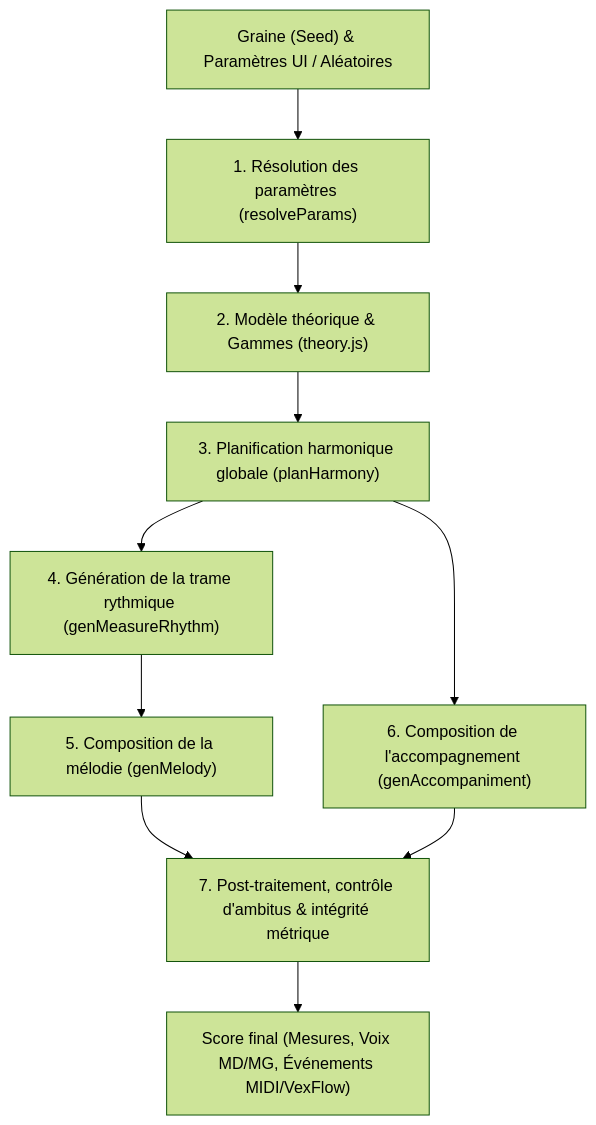
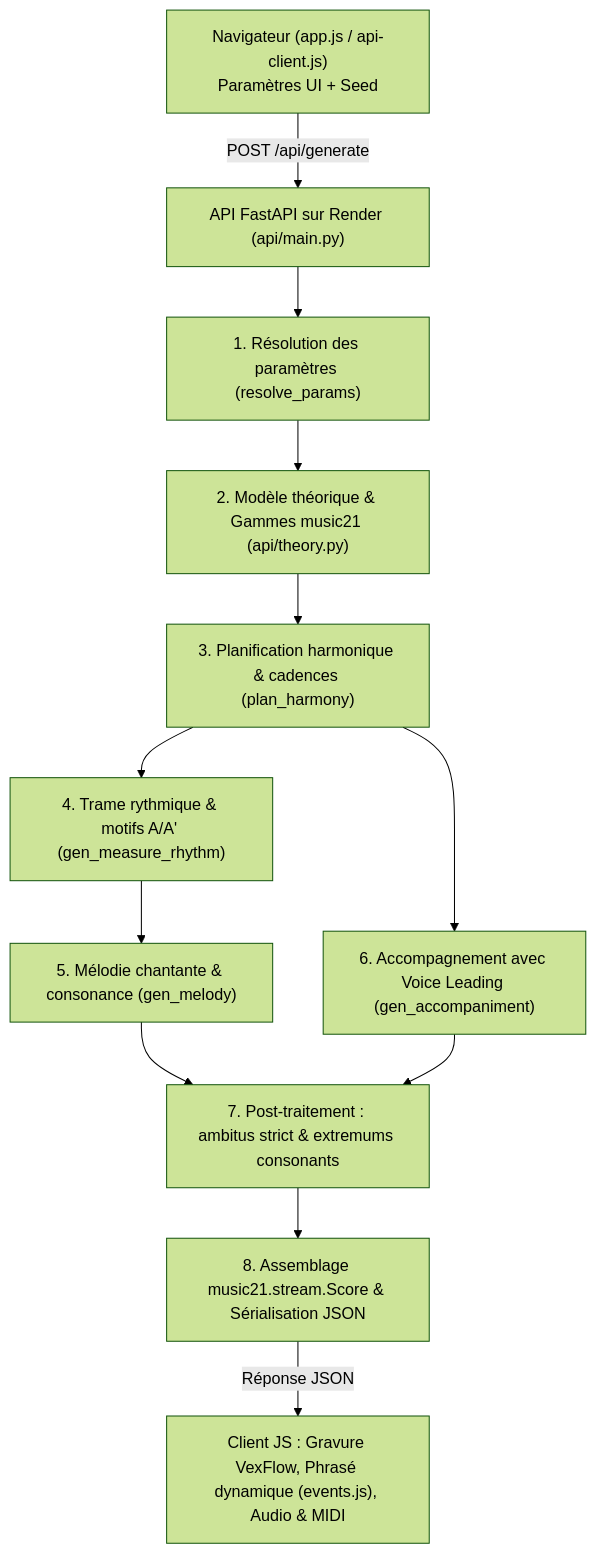
One commit to antoineb75/music-generator-sightreading changed the first of 4 diagrams in ALGORITHME.md. Above: the diagram before and after it, drawn with Mermaid (forest theme). The commit also changed other lines of this file, not shown here.

Commit message:
docs: update ALGORITHME.md to document Python API and music21 architecture

````diff
--- a/ALGORITHME.md
+++ b/ALGORITHME.md
@@ -11,12 +13,14 @@
 ```mermaid
 flowchart TD
-    A["Graine (Seed) & Paramètres UI / Aléatoires"] --> B["1. Résolution des paramètres (resolveParams)"]
-    B --> C["2. Modèle théorique & Gammes (theory.js)"]
-    C --> D["3. Planification harmonique globale (planHarmony)"]
-    D --> E["4. Génération de la trame rythmique (genMeasureRhythm)"]
-    E --> F["5. Composition de la mélodie (genMelody)"]
-    D --> G["6. Composition de l'accompagnement (genAccompaniment)"]
-    F --> H["7. Post-traitement, contrôle d'ambitus & intégrité métrique"]
-    G --> H
-    H --> I["Score final (Mesures, Voix MD/MG, Événements MIDI/VexFlow)"]
+    A["Navigateur (app.js / api-client.js)<br/>Paramètres UI + Seed"] -->|POST /api/generate| B["API FastAPI sur Render (api/main.py)"]
+    B --> C["1. Résolution des paramètres (resolve_params)"]
+    C --> D["2. Modèle théorique & Gammes music21 (api/theory.py)"]
+    D --> E["3. Planification harmonique & cadences (plan_harmony)"]
+    E --> F["4. Trame rythmique & motifs A/A' (gen_measure_rhythm)"]
+    F --> G["5. Mélodie chantante & consonance (gen_melody)"]
+    E --> H["6. Accompagnement avec Voice Leading (gen_accompaniment)"]
+    G --> I["7. Post-traitement : ambitus strict & extremums consonants"]
+    H --> I
+    I --> J["8. Assemblage music21.stream.Score & Sérialisation JSON"]
+    J -->|Réponse JSON| K["Client JS : Gravure VexFlow, Phrasé dynamique (events.js), Audio & MIDI"]
 ```
````
